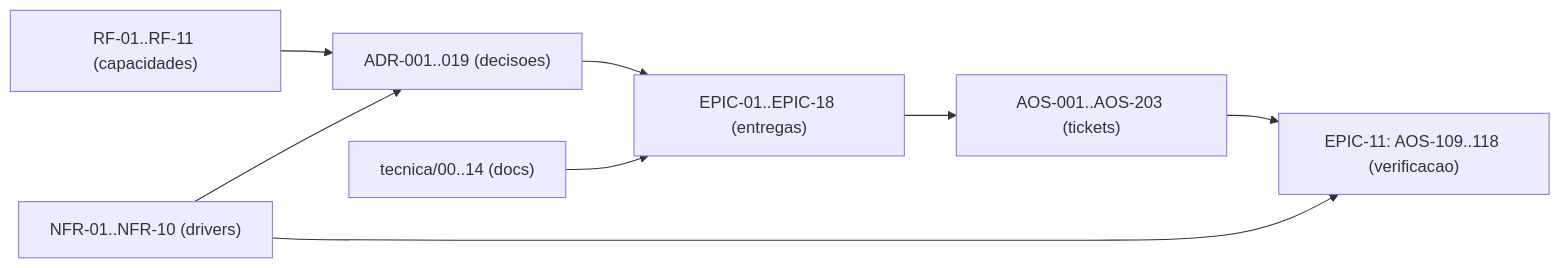
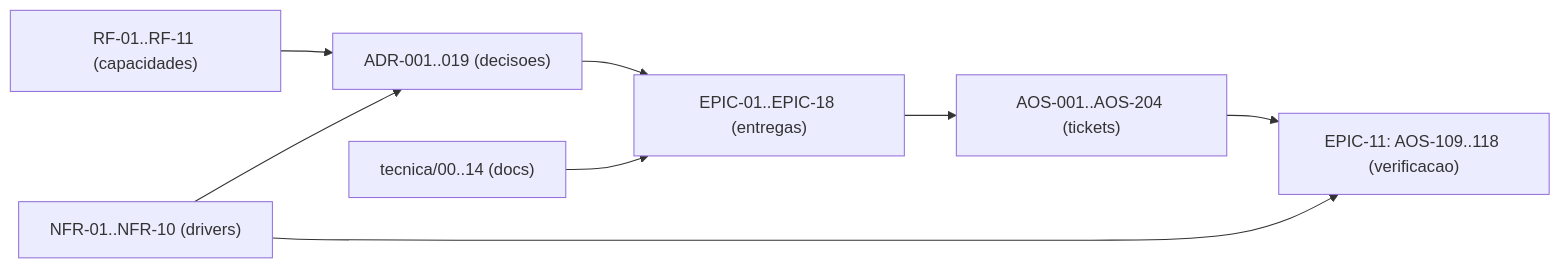
The diagram in tecnica/16_Rastreabilidade_RTM.md (albinoJimy/aos), drawn with Mermaid before and after one commit. The commit also changed other lines of this file and 5 other files, not shown here.

First line of the commit message:
fix(AOS-192): corrigir teste de aceitacao vacuoso de AOS-180 e reconciliar o checklist §13 (EPIC-18)

````diff
--- a/tecnica/16_Rastreabilidade_RTM.md
+++ b/tecnica/16_Rastreabilidade_RTM.md
@@ -166,10 +166,10 @@
 ```mermaid
 flowchart LR
     RF["RF-01..RF-11 (capacidades)"] --> ADR["ADR-001..019 (decisoes)"]
     NFR["NFR-01..NFR-10 (drivers)"] --> ADR
     ADR --> EPIC["EPIC-01..EPIC-18 (entregas)"]
-    EPIC --> TICK["AOS-001..AOS-203 (tickets)"]
+    EPIC --> TICK["AOS-001..AOS-204 (tickets)"]
     DOC["tecnica/00..14 (docs)"] --> EPIC
     TICK --> TEST["EPIC-11: AOS-109..118 (verificacao)"]
     NFR --> TEST
 ```
````
